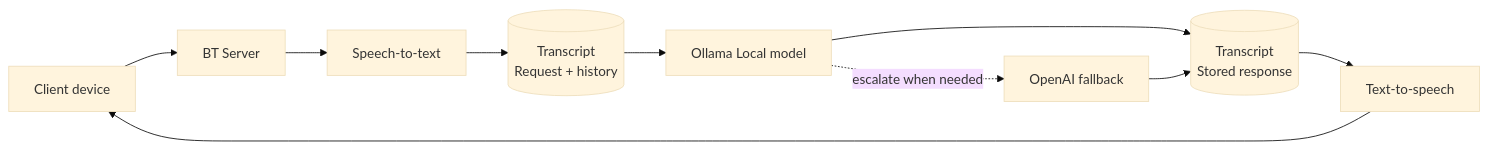
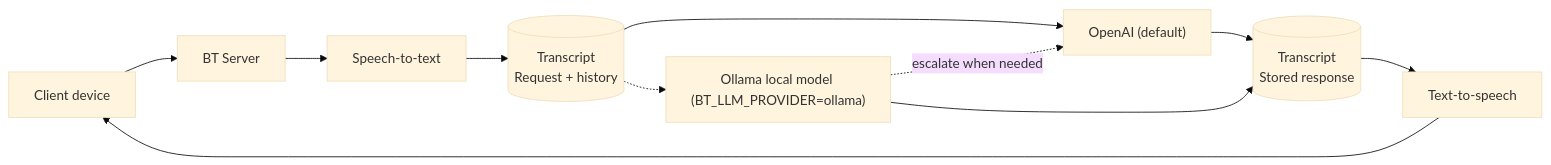
The diagram in README.md (DiamondJdev/bt-assistant), drawn with Mermaid (base theme) before and after one commit. The commit also changed other lines of this file and 1 other file, not shown here.

Commit message:
docs: describe OpenAI as the default provider

````diff
--- a/README.md
+++ b/README.md
@@ -9,18 +9,19 @@
 ```mermaid
 flowchart LR
     Client[Client device]
     BT[BT Server]
     STT["Speech-to-text"]
     RequestTranscript[("Transcript<br/>Request + history")]
-    Ollama["Ollama Local model"]
-    OpenAI["OpenAI fallback"]
+    OpenAI["OpenAI (default)"]
+    Ollama["Ollama local model (BT_LLM_PROVIDER=ollama)"]
     ResponseTranscript[("Transcript<br/>Stored response")]
     TTS[Text-to-speech]
 
     Client --> BT --> STT --> RequestTranscript
-    RequestTranscript --> Ollama
+    RequestTranscript --> OpenAI
+    RequestTranscript -.-> Ollama
     Ollama -.->|escalate when needed| OpenAI
     Ollama --> ResponseTranscript
     OpenAI --> ResponseTranscript
     ResponseTranscript --> TTS --> Client
 ```
````
